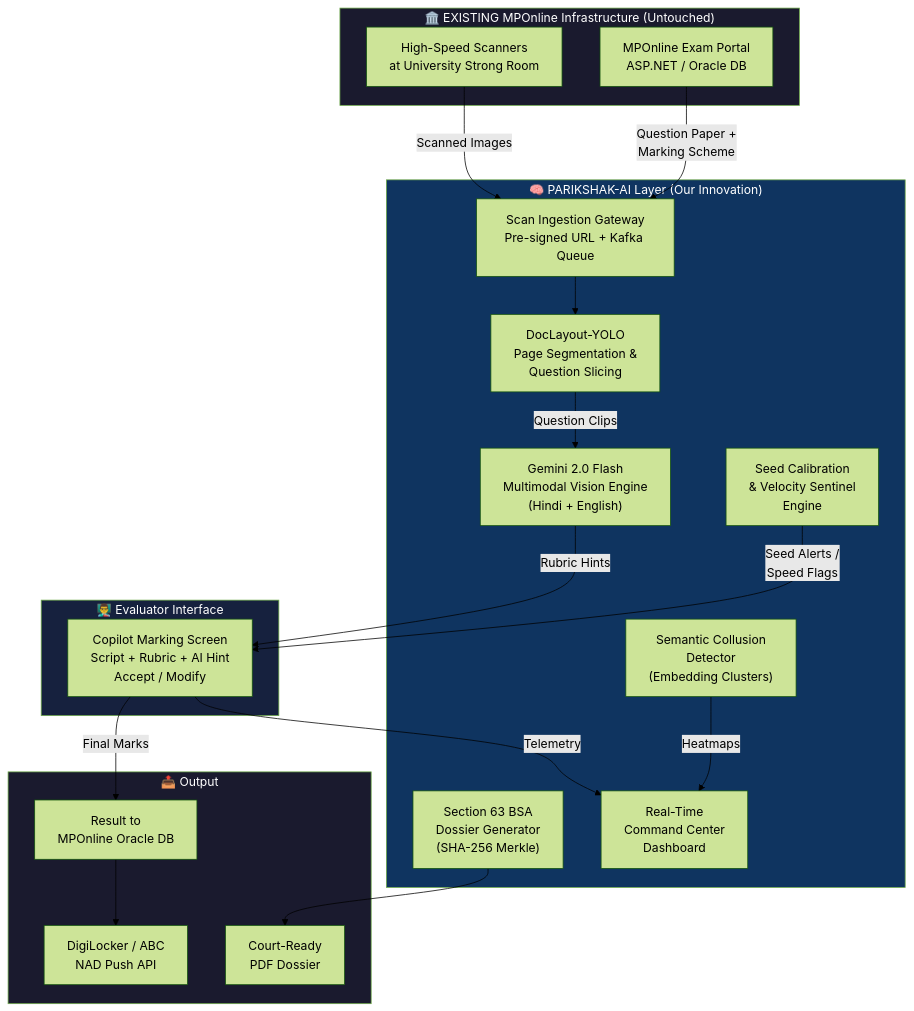
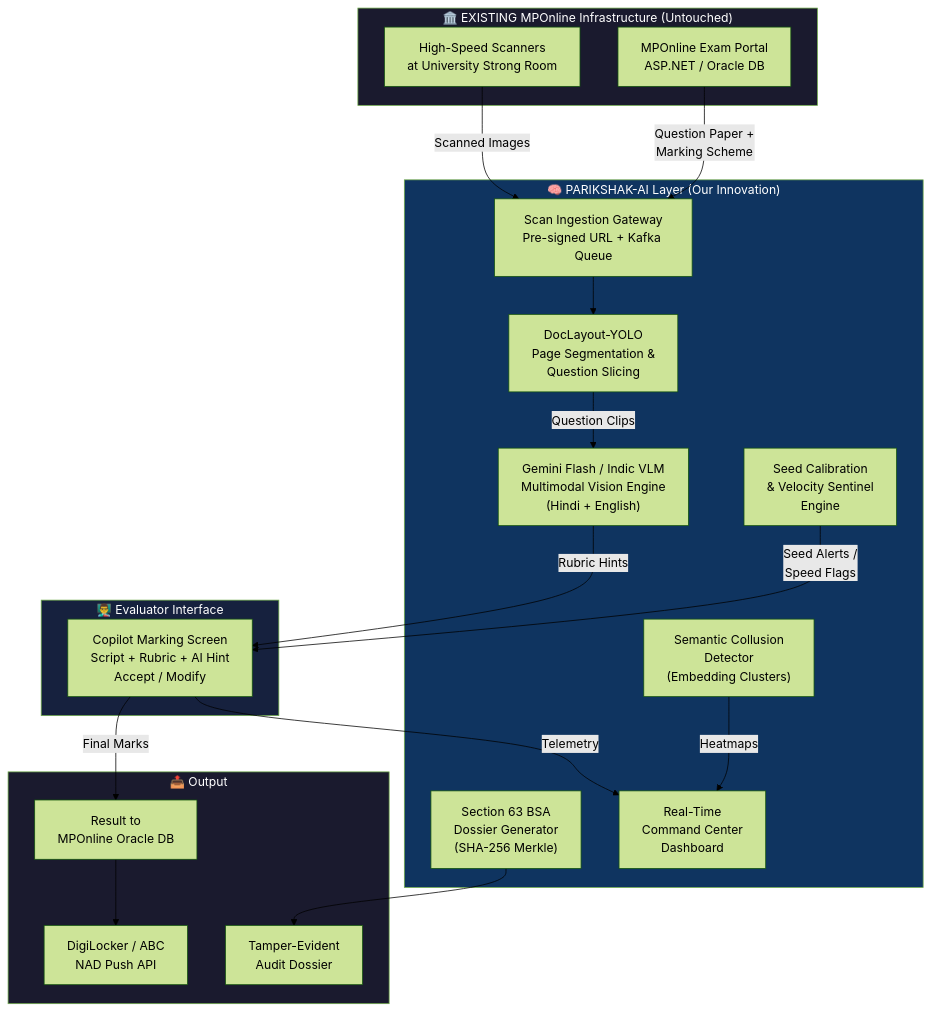
One commit to nishchaydev/Mphack changed the first of 6 diagrams in PRESENTATION_CONTENT.md. Above: the diagram before and after it, drawn with Mermaid (forest theme). The commit also changed other lines of this file and 69 other files, not shown here.

````diff
--- a/PRESENTATION_CONTENT.md
+++ b/PRESENTATION_CONTENT.md
@@ -75,44 +75,44 @@
 ```mermaid
 flowchart TB
     subgraph EXISTING["🏛️ EXISTING MPOnline Infrastructure (Untouched)"]
         PORTAL["MPOnline Exam Portal<br/>ASP.NET / Oracle DB"]
         SCANNER["High-Speed Scanners<br/>at University Strong Room"]
     end
 
     subgraph PARIKSHAK["🧠 PARIKSHAK-AI Layer (Our Innovation)"]
         INGEST["Scan Ingestion Gateway<br/>Pre-signed URL + Kafka Queue"]
         LAYOUT["DocLayout-YOLO<br/>Page Segmentation &<br/>Question Slicing"]
-        VISION["Gemini 2.0 Flash<br/>Multimodal Vision Engine<br/>(Hindi + English)"]
+        VISION["Gemini Flash / Indic VLM<br/>Multimodal Vision Engine<br/>(Hindi + English)"]
         CALIBRATE["Seed Calibration<br/>& Velocity Sentinel<br/>Engine"]
         COLLUSION["Semantic Collusion<br/>Detector<br/>(Embedding Clusters)"]
         BSA["Section 63 BSA<br/>Dossier Generator<br/>(SHA-256 Merkle)"]
         DASHBOARD["Real-Time<br/>Command Center<br/>Dashboard"]
     end
 
     subgraph EVALUATOR["👨‍🏫 Evaluator Interface"]
         UI["Copilot Marking Screen<br/>Script + Rubric + AI Hint<br/>Accept / Modify"]
     end
 
     subgraph OUTPUT["📤 Output"]
         RESULT["Result to<br/>MPOnline Oracle DB"]
         DIGI["DigiLocker / ABC<br/>NAD Push API"]
-        LEGAL["Court-Ready<br/>PDF Dossier"]
+        LEGAL["Tamper-Evident<br/>Audit Dossier"]
     end
 
     SCANNER -->|"Scanned Images"| INGEST
     PORTAL -->|"Question Paper +<br/>Marking Scheme"| INGEST
     INGEST --> LAYOUT
     LAYOUT -->|"Question Clips"| VISION
     VISION -->|"Rubric Hints"| UI
     CALIBRATE -->|"Seed Alerts /<br/>Speed Flags"| UI
     UI -->|"Final Marks"| RESULT
     UI -->|"Telemetry"| DASHBOARD
     COLLUSION -->|"Heatmaps"| DASHBOARD
     RESULT --> DIGI
     BSA --> LEGAL
 
     style EXISTING fill:#1a1a2e,color:#fff
     style PARIKSHAK fill:#0f3460,color:#fff
     style EVALUATOR fill:#16213e,color:#fff
     style OUTPUT fill:#1a1a2e,color:#fff
 ```
````
